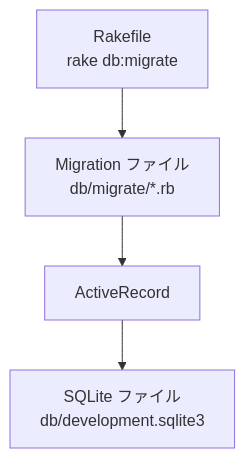
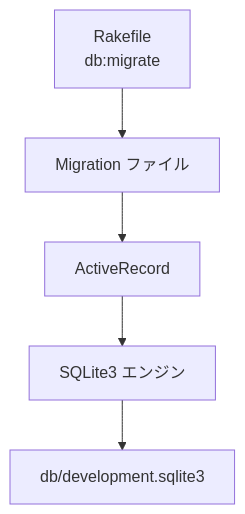
The diagram in steps/todoapp-step04-db-migration.md (oda-dot/minimal-ruby-webapp-tutorial), drawn with Mermaid before and after one commit. The commit also changed other lines of this file and 18 other files, not shown here.

````diff
--- a/steps/todoapp-step04-db-migration.md
+++ b/steps/todoapp-step04-db-migration.md
@@ -131,6 +109,7 @@
 ```mermaid
 graph TD
-  A[Rakefile<br/>rake db:migrate] --> B[Migration ファイル<br/>db/migrate/*.rb]
+  A[Rakefile<br/>db:migrate] --> B[Migration ファイル]
   B --> C[ActiveRecord]
-  C --> D[SQLite ファイル<br/>db/development.sqlite3]
+  C --> D[SQLite3 エンジン]
+  D --> E[db/development.sqlite3]
 ```
````
